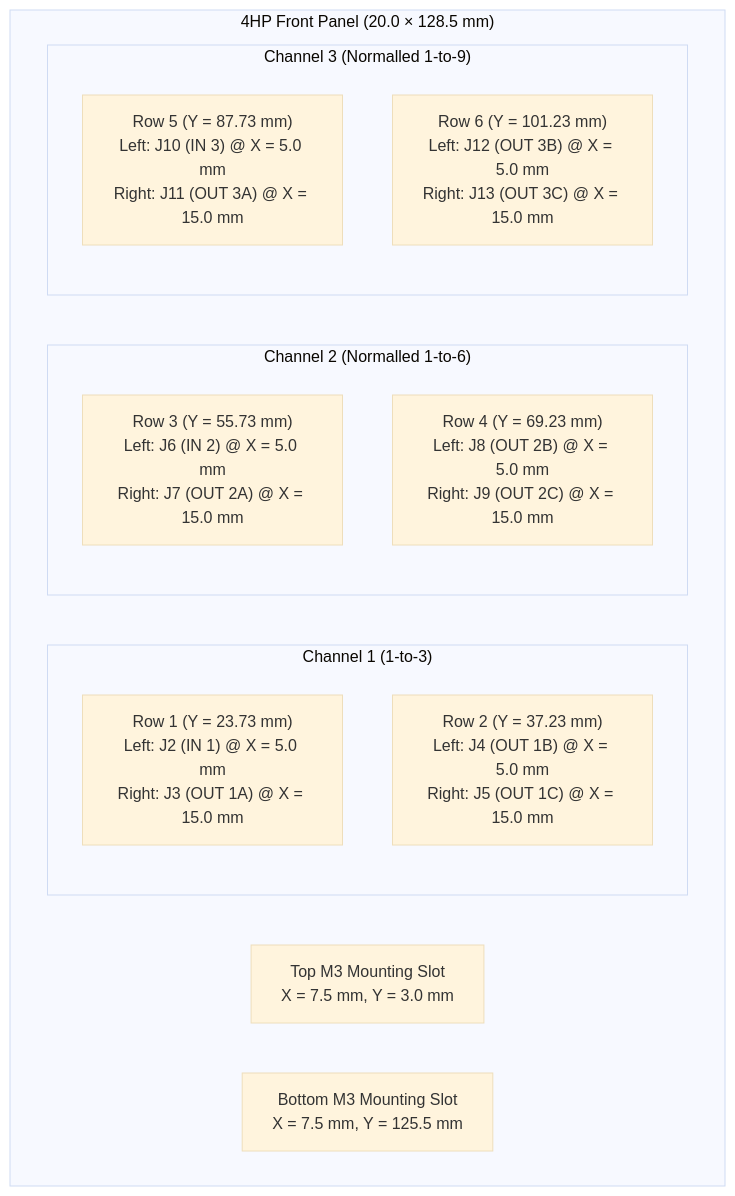
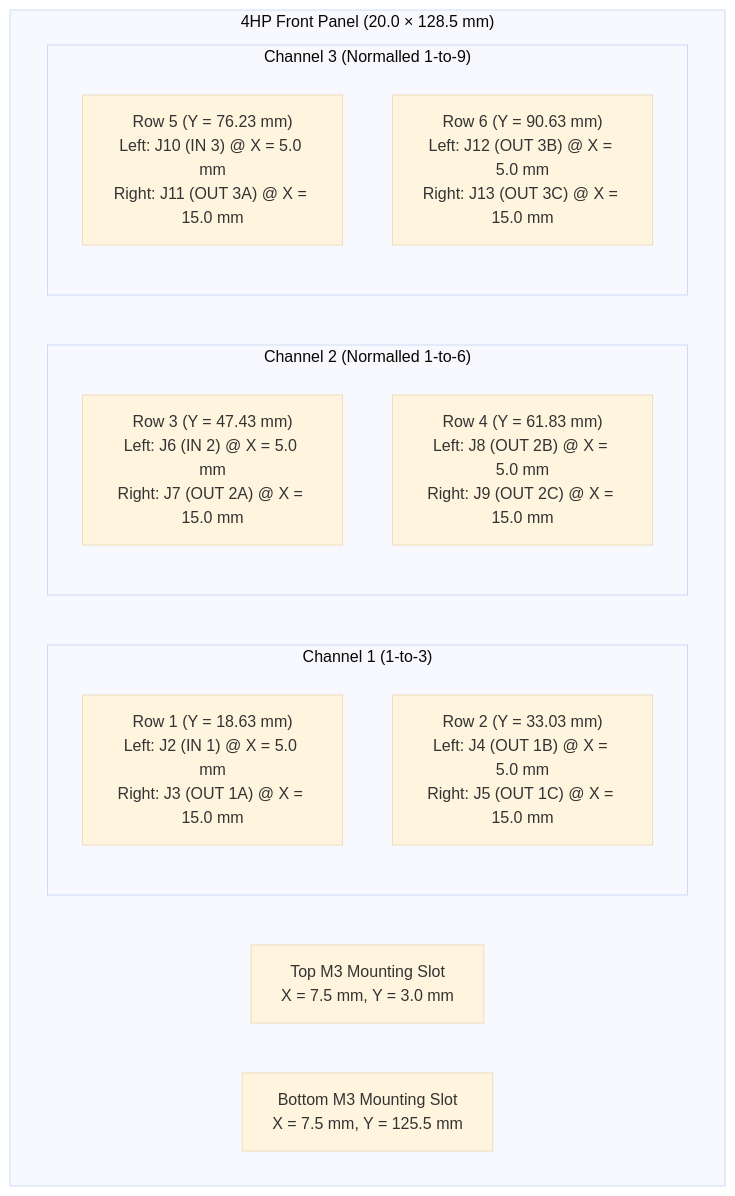
One commit to domesticmouse/BufferedMult-SKiDL changed the diagram in FRONT_PANEL_GUIDE.md. Above: the diagram before and after it, drawn with Mermaid (base theme). The commit also changed other lines of this file and 23 other files, not shown here.

````diff
--- a/FRONT_PANEL_GUIDE.md
+++ b/FRONT_PANEL_GUIDE.md
@@ -18,19 +18,19 @@
 ```mermaid
 flowchart TD
     subgraph Panel["4HP Front Panel (20.0 × 128.5 mm)"]
         M_TOP["Top M3 Mounting Slot<br/>X = 7.5 mm, Y = 3.0 mm"]
         subgraph CH1["Channel 1 (1-to-3)"]
-            R1["Row 1 (Y = 23.73 mm)<br/>Left: J2 (IN 1) @ X = 5.0 mm<br/>Right: J3 (OUT 1A) @ X = 15.0 mm"]
-            R2["Row 2 (Y = 37.23 mm)<br/>Left: J4 (OUT 1B) @ X = 5.0 mm<br/>Right: J5 (OUT 1C) @ X = 15.0 mm"]
+            R1["Row 1 (Y = 18.63 mm)<br/>Left: J2 (IN 1) @ X = 5.0 mm<br/>Right: J3 (OUT 1A) @ X = 15.0 mm"]
+            R2["Row 2 (Y = 33.03 mm)<br/>Left: J4 (OUT 1B) @ X = 5.0 mm<br/>Right: J5 (OUT 1C) @ X = 15.0 mm"]
         end
         subgraph CH2["Channel 2 (Normalled 1-to-6)"]
-            R3["Row 3 (Y = 55.73 mm)<br/>Left: J6 (IN 2) @ X = 5.0 mm<br/>Right: J7 (OUT 2A) @ X = 15.0 mm"]
-            R4["Row 4 (Y = 69.23 mm)<br/>Left: J8 (OUT 2B) @ X = 5.0 mm<br/>Right: J9 (OUT 2C) @ X = 15.0 mm"]
+            R3["Row 3 (Y = 47.43 mm)<br/>Left: J6 (IN 2) @ X = 5.0 mm<br/>Right: J7 (OUT 2A) @ X = 15.0 mm"]
+            R4["Row 4 (Y = 61.83 mm)<br/>Left: J8 (OUT 2B) @ X = 5.0 mm<br/>Right: J9 (OUT 2C) @ X = 15.0 mm"]
         end
         subgraph CH3["Channel 3 (Normalled 1-to-9)"]
-            R5["Row 5 (Y = 87.73 mm)<br/>Left: J10 (IN 3) @ X = 5.0 mm<br/>Right: J11 (OUT 3A) @ X = 15.0 mm"]
-            R6["Row 6 (Y = 101.23 mm)<br/>Left: J12 (OUT 3B) @ X = 5.0 mm<br/>Right: J13 (OUT 3C) @ X = 15.0 mm"]
+            R5["Row 5 (Y = 76.23 mm)<br/>Left: J10 (IN 3) @ X = 5.0 mm<br/>Right: J11 (OUT 3A) @ X = 15.0 mm"]
+            R6["Row 6 (Y = 90.63 mm)<br/>Left: J12 (OUT 3B) @ X = 5.0 mm<br/>Right: J13 (OUT 3C) @ X = 15.0 mm"]
         end
         M_BOT["Bottom M3 Mounting Slot<br/>X = 7.5 mm, Y = 125.5 mm"]
     end
 ```
````
